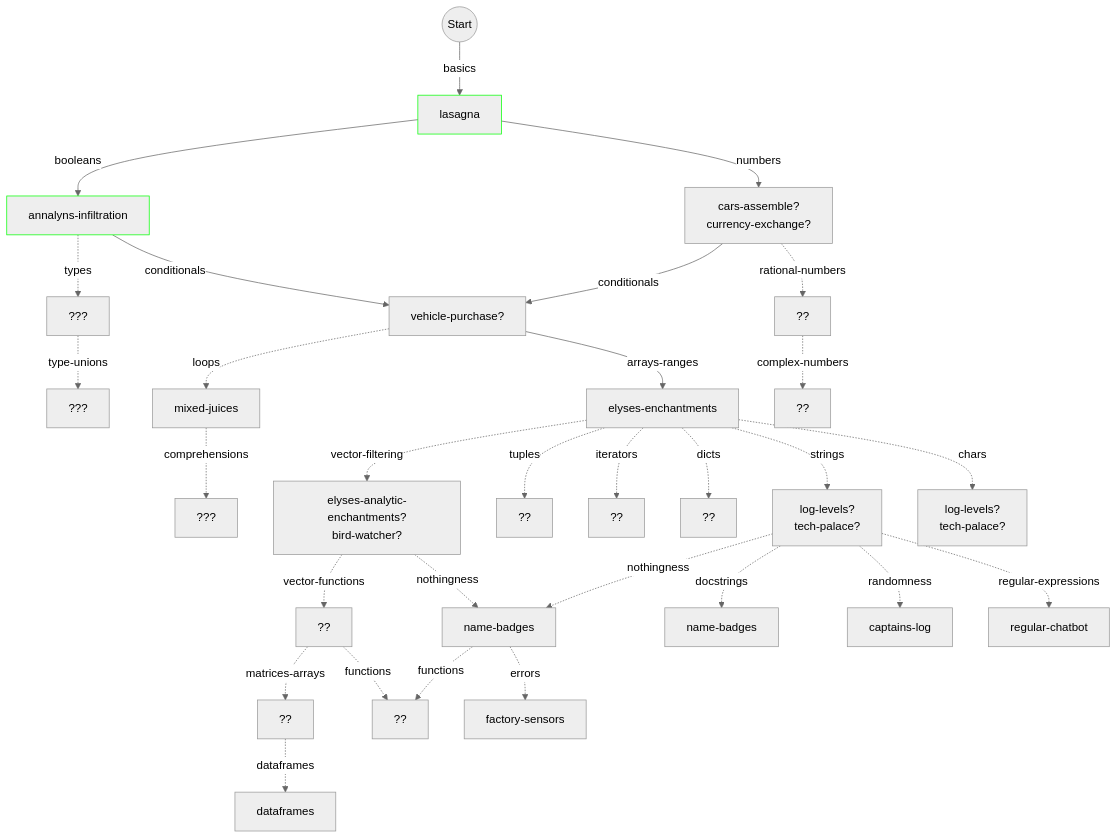
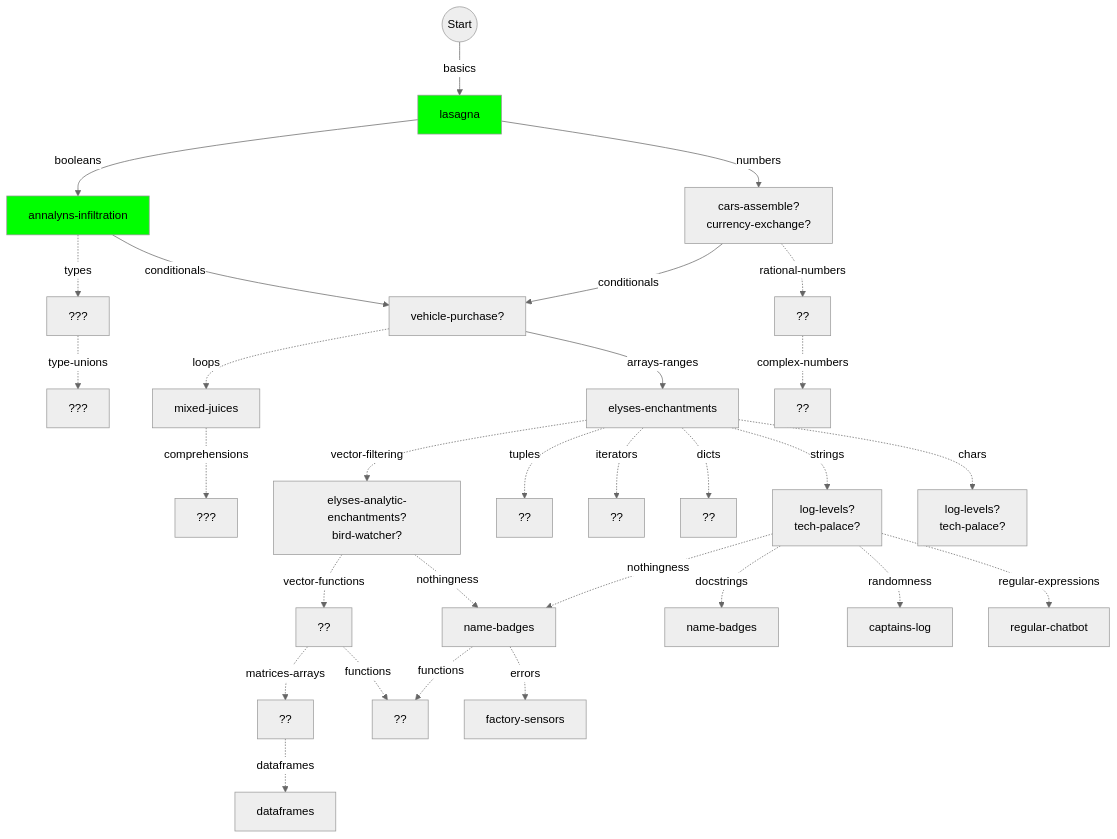
One commit to colinleach/learning-track-doodles changed the diagram in julia/flowchart.md. Above: the diagram before and after it, drawn with Mermaid (neutral theme).

Commit message:
marked early exercises complete

```diff
--- a/julia/flowchart.md
+++ b/julia/flowchart.md
@@ -12,10 +12,10 @@
 graph TD
     
 start(("Start")) --basics--> basics["lasagna"]
-style basics stroke:#0f0
+style basics fill:#0f0
 
 basics --booleans--> booleans["annalyns-infiltration"]
-style booleans stroke:#0f0
+style booleans fill:#0f0
 
 basics --numbers--> numbers["cars-assemble?<br/>currency-exchange?"]
 %% style numbers fill:#0f0
```
